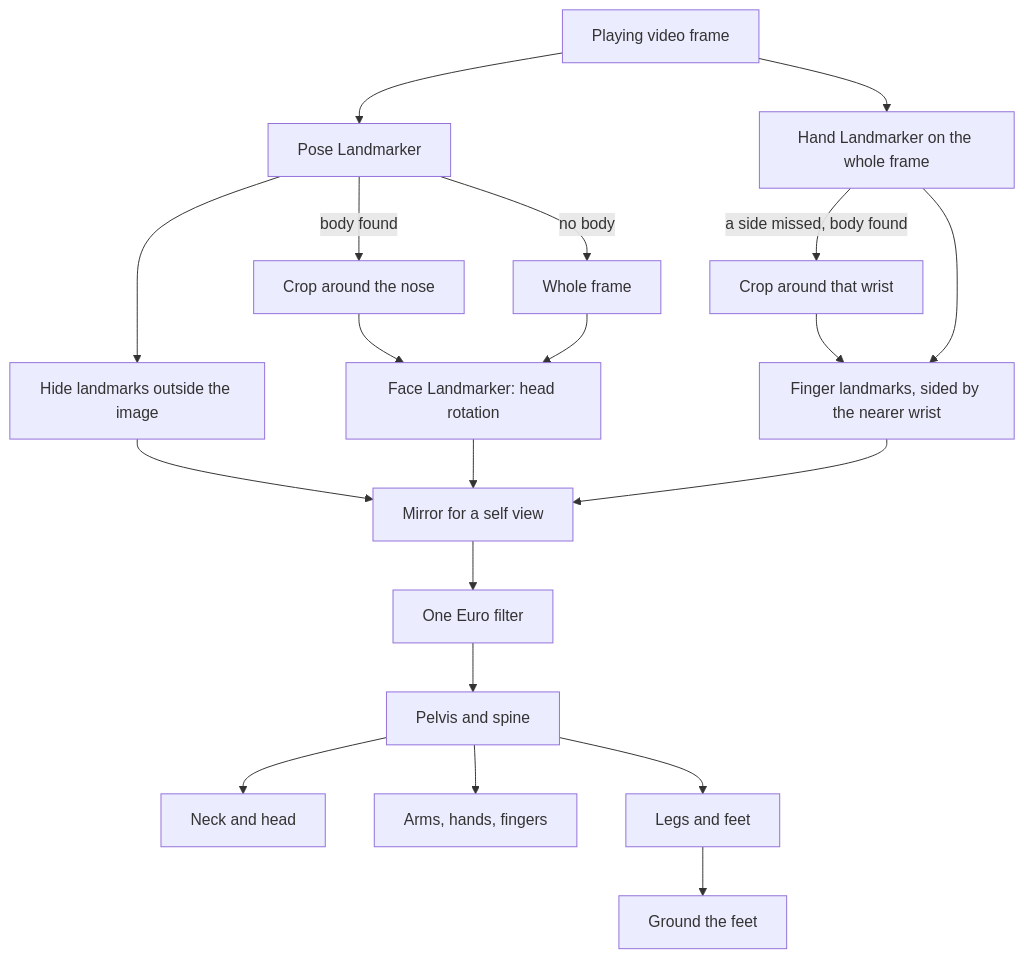
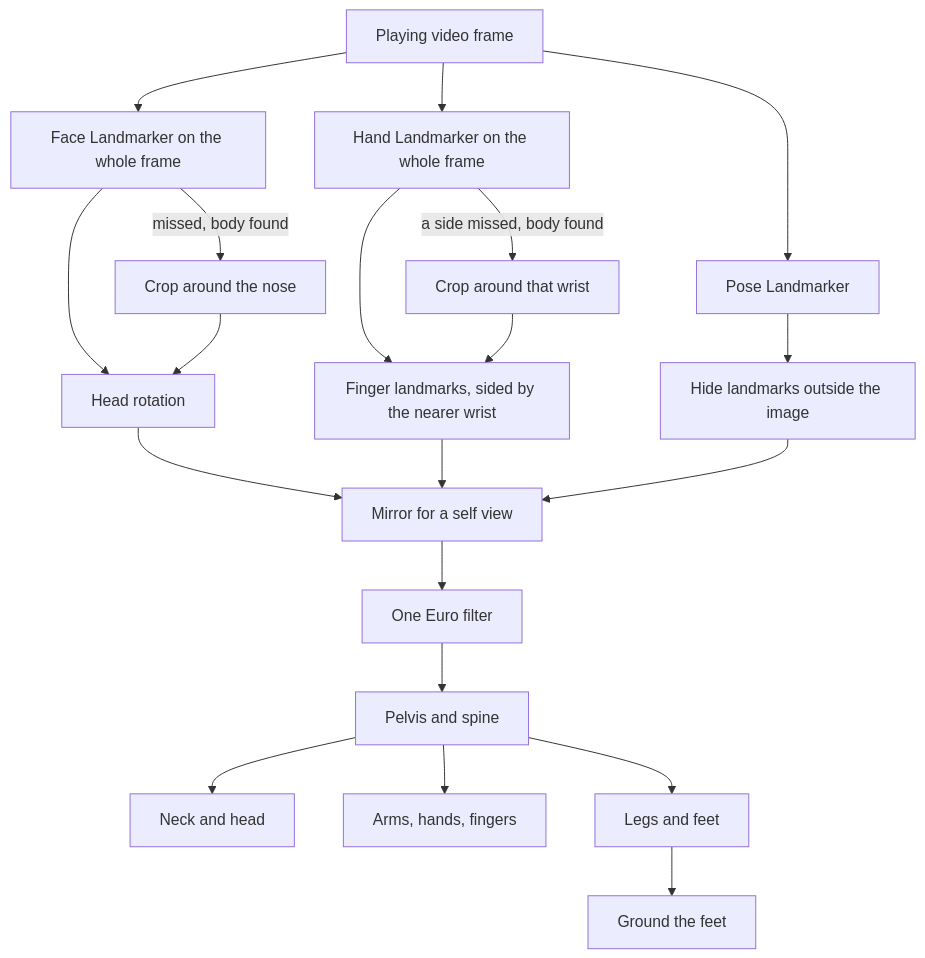
One commit to cnotv/generative-art changed the diagram in documentation/docs/journey/camera-motion-retargeting.md. Above: the diagram before and after it, drawn with Mermaid. The commit also changed other lines of this file and 16 other files, not shown here.

````diff
--- a/documentation/docs/journey/camera-motion-retargeting.md
+++ b/documentation/docs/journey/camera-motion-retargeting.md
@@ -81,22 +81,22 @@
 ```mermaid
 flowchart TD
   frame[Playing video frame] --> pose[Pose Landmarker]
   pose --> inFrame[Hide landmarks outside the image]
   frame --> handWhole[Hand Landmarker on the whole frame]
   handWhole -->|a side missed, body found| handCrop[Crop around that wrist]
-  pose -->|body found| faceCrop[Crop around the nose]
-  pose -->|no body| faceWhole[Whole frame]
-  faceCrop --> face[Face Landmarker: head rotation]
-  faceWhole --> face
+  frame --> faceWhole[Face Landmarker on the whole frame]
+  faceWhole -->|missed, body found| faceCrop[Crop around the nose]
+  faceWhole --> face[Head rotation]
+  faceCrop --> face
   handWhole --> hand[Finger landmarks, sided by the nearer wrist]
   handCrop --> hand
   face --> mirror[Mirror for a self view]
   hand --> mirror
   inFrame --> mirror
   mirror --> filter[One Euro filter]
   filter --> torso[Pelvis and spine]
   torso --> head[Neck and head]
   torso --> arms[Arms, hands, fingers]
   torso --> legs[Legs and feet]
   legs --> ground[Ground the feet]
 ```
````
